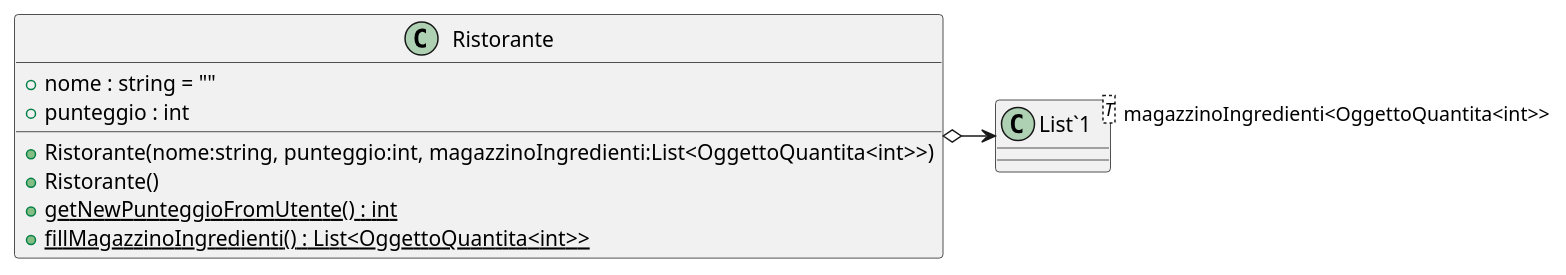
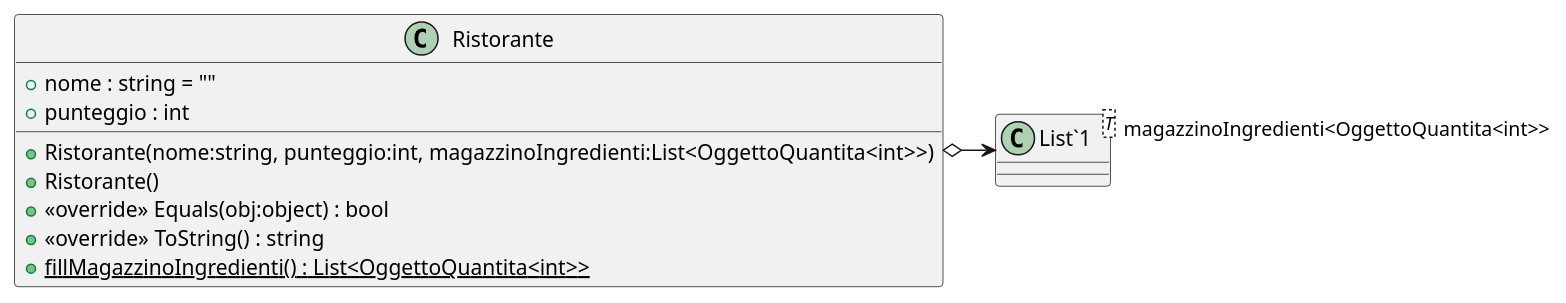
One commit to zSavT/Healthy-Catering changed the diagram in doc/plantUml con associazioni/Ristorante.puml. Above: the diagram before and after it, drawn with PlantUML. The commit also changed 26 other files, not shown here.

Commit message:
aggiornati uml (anche immagini)

```diff
--- a/doc/plantUml con associazioni/Ristorante.puml
+++ b/doc/plantUml con associazioni/Ristorante.puml
@@ -1,13 +1,14 @@
 @startuml
 class Ristorante {
     + nome : string = ""
     + punteggio : int
     + Ristorante(nome:string, punteggio:int, magazzinoIngredienti:List<OggettoQuantita<int>>)
     + Ristorante()
-    + {static} getNewPunteggioFromUtente() : int
+    + <<override>> Equals(obj:object) : bool
+    + <<override>> ToString() : string
     + {static} fillMagazzinoIngredienti() : List<OggettoQuantita<int>>
 }
 class "List`1"<T> {
 }
 Ristorante o-> "magazzinoIngredienti<OggettoQuantita<int>>" "List`1"
 @enduml
```
